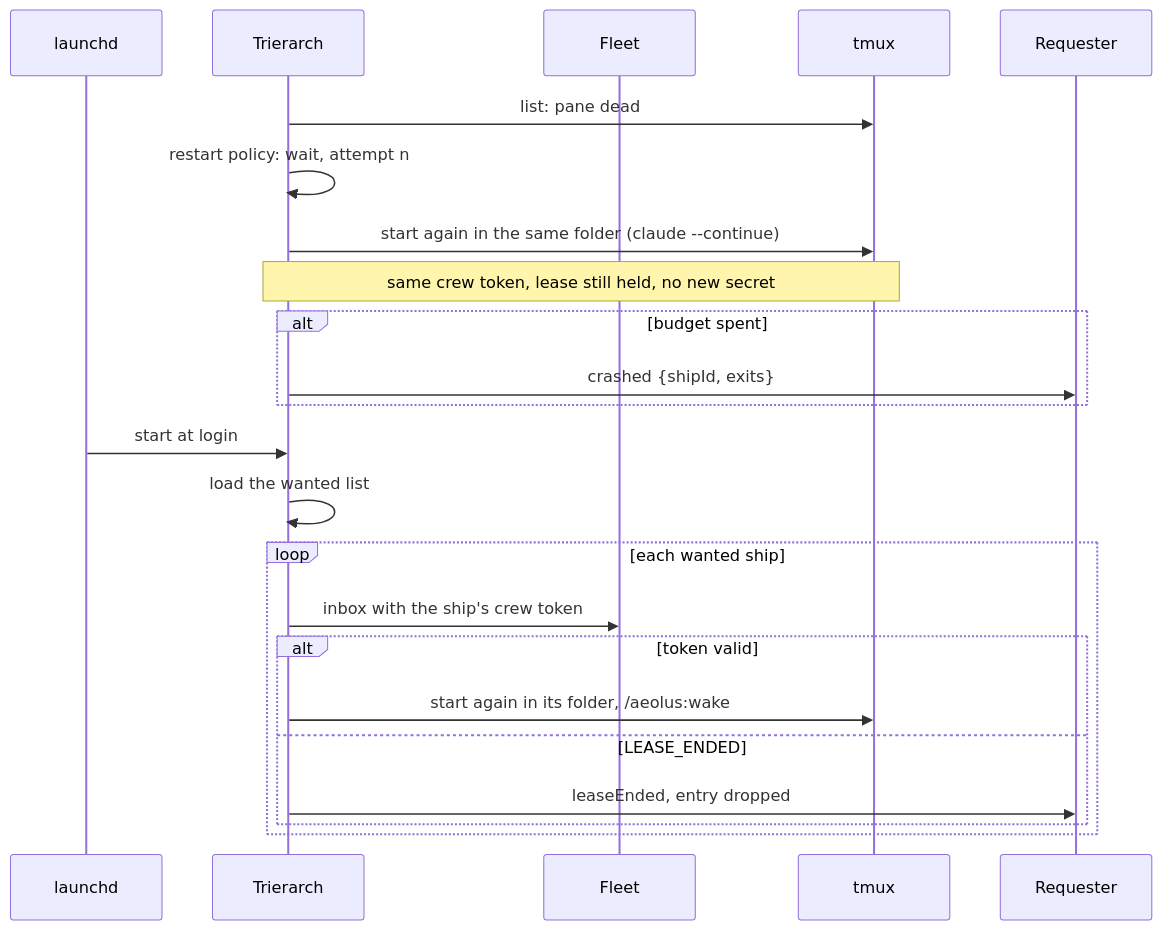
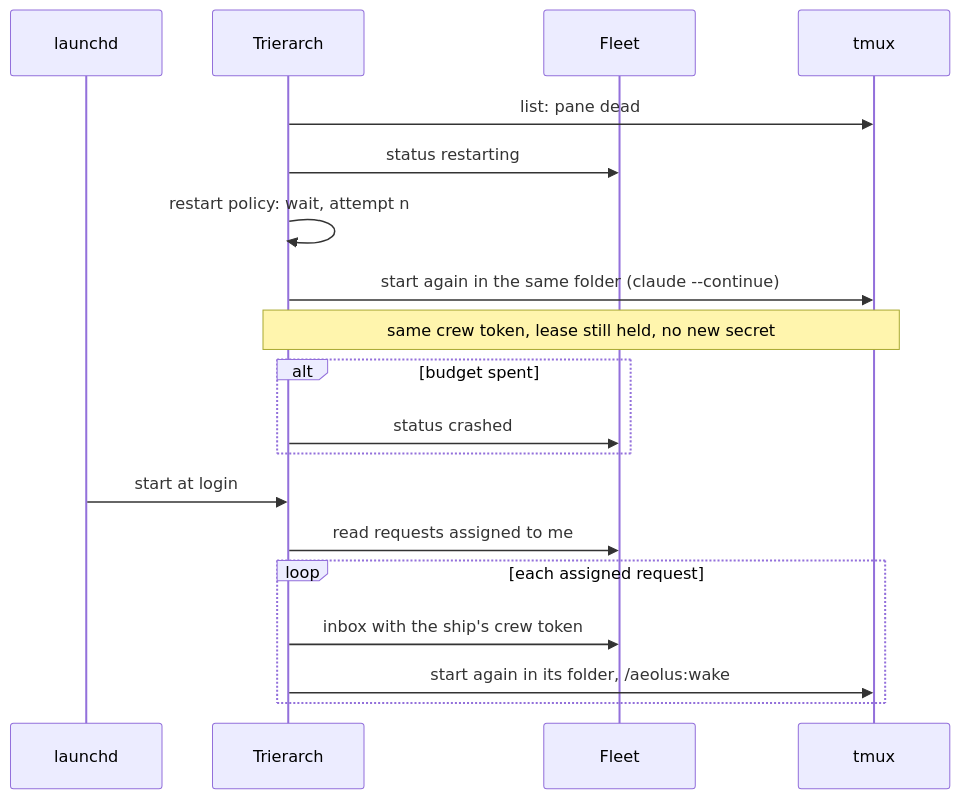
The fourth of 6 diagrams in docs/architecture.md (ThomasHendrickx/aeolus-fleet), drawn with Mermaid before and after one commit. The commit also changed other lines of this file and 1 other file, not shown here.

Commit message:
docs: crew request language and scopes, and the trierarch plugin in the architecture

````diff
--- a/docs/architecture.md
+++ b/docs/architecture.md
@@ -252,25 +283,21 @@
 ```mermaid
 sequenceDiagram
   participant OS as launchd
   participant T as Trierarch
   participant F as Fleet
   participant X as tmux
-  participant R as Requester
   T->>X: list: pane dead
+  T->>F: status restarting
   T->>T: restart policy: wait, attempt n
   T->>X: start again in the same folder (claude --continue)
   Note over T,X: same crew token, lease still held, no new secret
   alt budget spent
-    T->>R: crashed {shipId, exits}
+    T->>F: status crashed
   end
   OS->>T: start at login
-  T->>T: load the wanted list
-  loop each wanted ship
+  T->>F: read requests assigned to me
+  loop each assigned request
     T->>F: inbox with the ship's crew token
-    alt token valid
-      T->>X: start again in its folder, /aeolus:wake
-    else LEASE_ENDED
-      T->>R: leaseEnded, entry dropped
-    end
+    T->>X: start again in its folder, /aeolus:wake
   end
 ```
````
